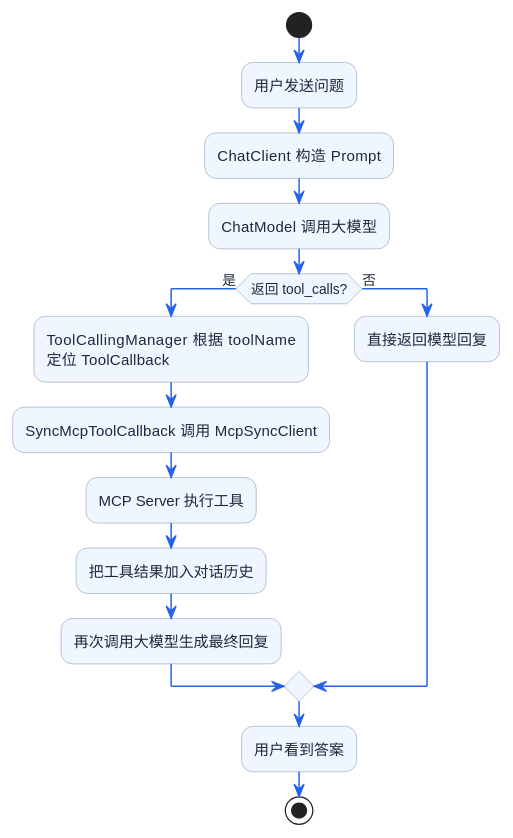
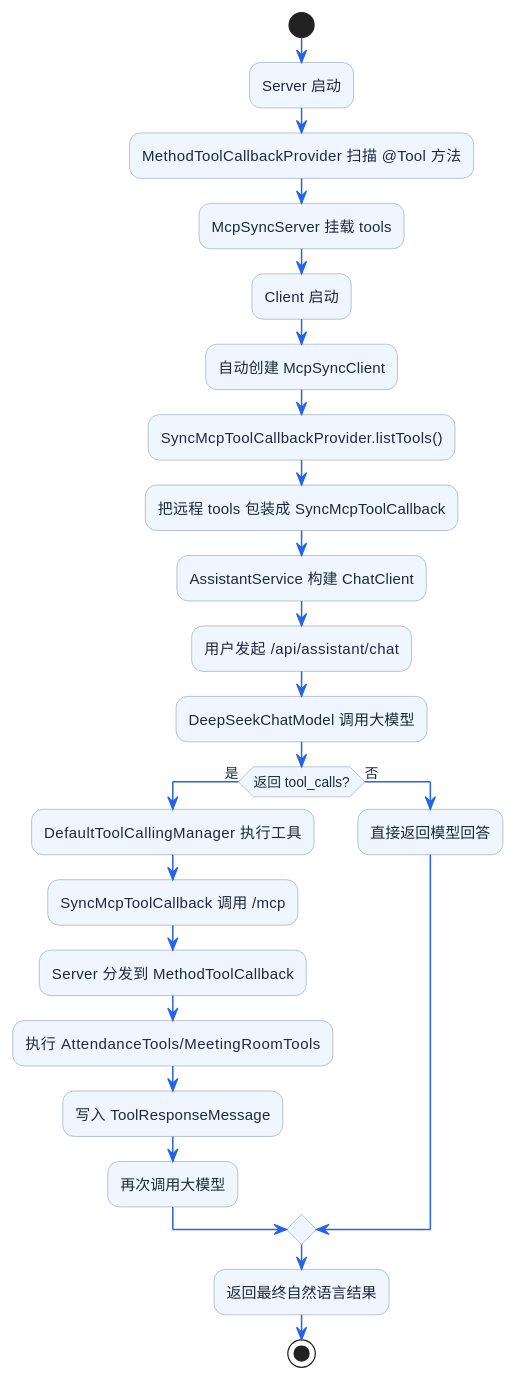
The first of 2 diagrams in docs/55-超级智能体/25-MCP详细解析/07-MCP调用链路源码解密.md (shining-stars-l/javaup), drawn with PlantUML before and after one commit. The commit also changed other lines of this file, not shown here.

Commit message:
优化 RAG 和 MCP 的内容

````diff
--- a/docs/55-超级智能体/25-MCP详细解析/07-MCP调用链路源码解密.md
+++ b/docs/55-超级智能体/25-MCP详细解析/07-MCP调用链路源码解密.md
@@ -31,30 +133,38 @@
-```plantuml title="MCP 工具调用旅程总览" width="70%" align="left"
+```plantuml title="office-mcp 示例的两条主链" width="70%" align="left"
 @startuml
 skinparam backgroundColor transparent
 skinparam shadowing false
 skinparam defaultFontColor #1E293B
 skinparam ArrowColor #2563EB
 skinparam ArrowThickness 1.2
 skinparam activityBorderColor #94A3B8
 skinparam activityBackgroundColor #EFF6FF
 skinparam diamondBackgroundColor #DBEAFE
 skinparam diamondBorderColor #3B82F6
 skinparam RoundCorner 18
 
 start
-:用户发送问题;
-:ChatClient 构造 Prompt;
-:ChatModel 调用大模型;
+:Server 启动;
+:MethodToolCallbackProvider 扫描 @Tool 方法;
+:McpSyncServer 挂载 tools;
+:Client 启动;
+:自动创建 McpSyncClient;
+:SyncMcpToolCallbackProvider.listTools();
+:把远程 tools 包装成 SyncMcpToolCallback;
+:AssistantService 构建 ChatClient;
+:用户发起 /api/assistant/chat;
+:DeepSeekChatModel 调用大模型;
 if (返回 tool_calls?) then (是)
-  :ToolCallingManager 根据 toolName\n定位 ToolCallback;
-  :SyncMcpToolCallback 调用 McpSyncClient;
-  :MCP Server 执行工具;
-  :把工具结果加入对话历史;
-  :再次调用大模型生成最终回复;
+  :DefaultToolCallingManager 执行工具;
+  :SyncMcpToolCallback 调用 /mcp;
+  :Server 分发到 MethodToolCallback;
+  :执行 AttendanceTools/MeetingRoomTools;
+  :写入 ToolResponseMessage;
+  :再次调用大模型;
 else (否)
-  :直接返回模型回复;
+  :直接返回模型回答;
 endif
-:用户看到答案;
+:返回最终自然语言结果;
 stop
 @enduml
 ```
````
